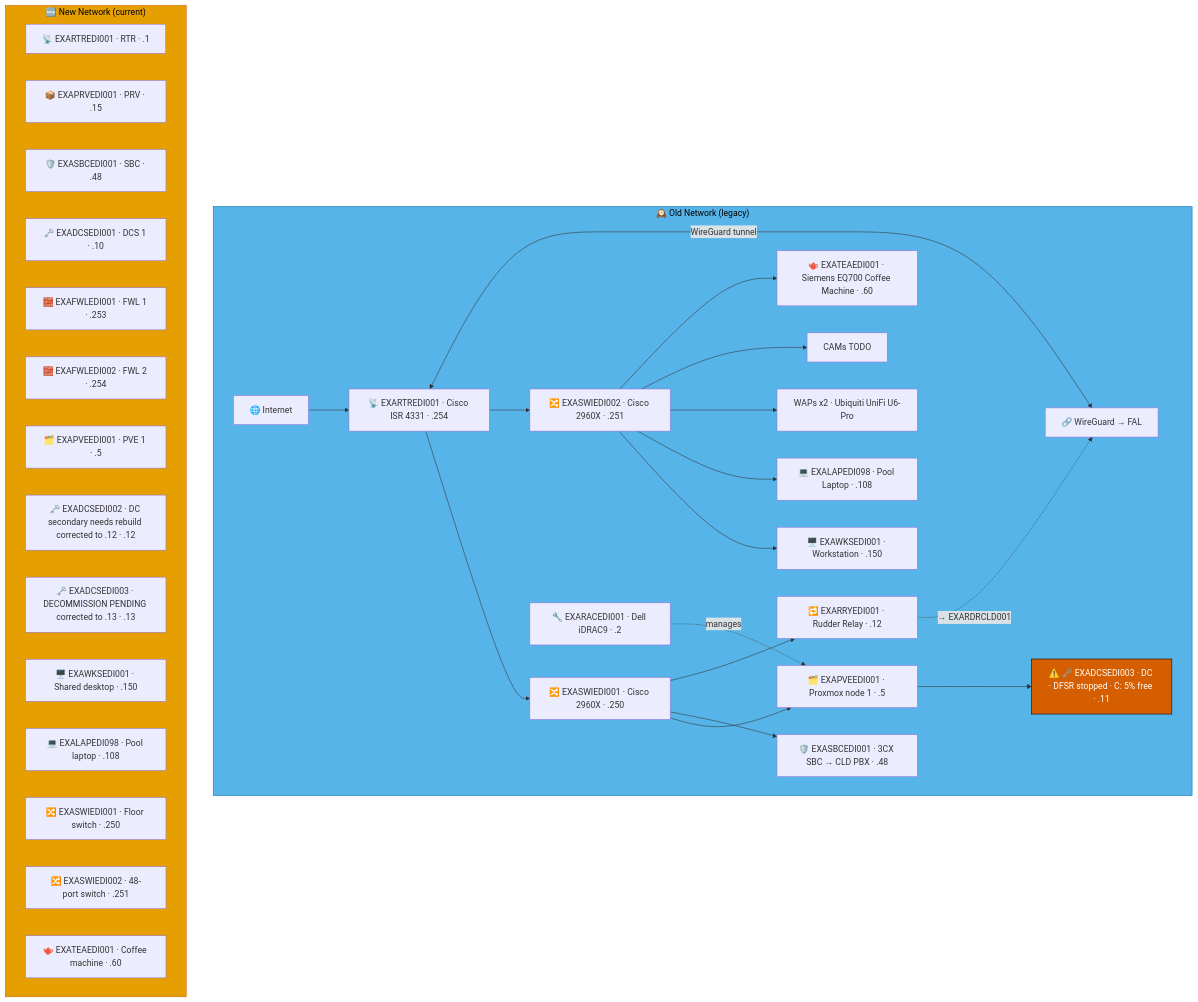
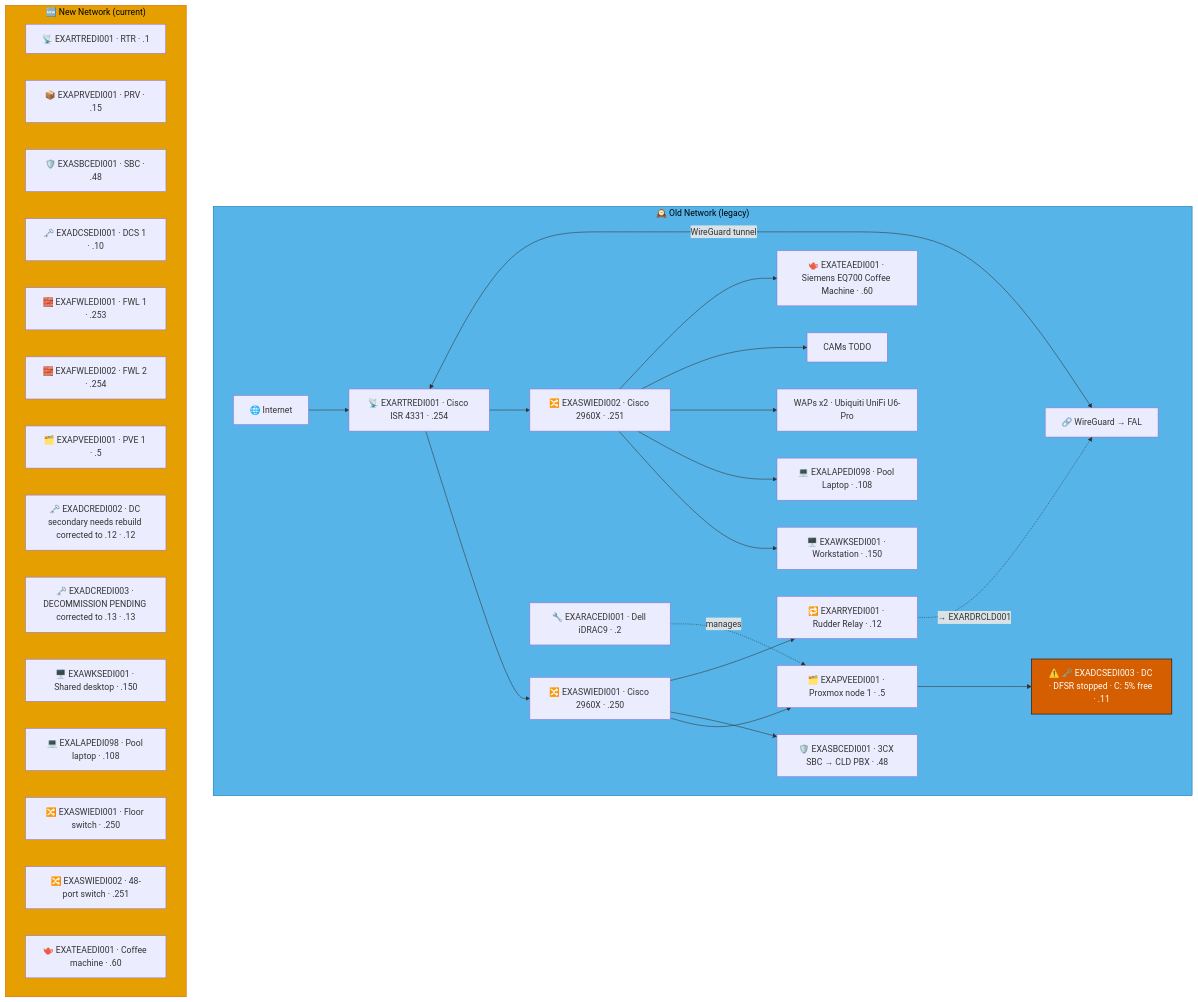
One commit to knightmare2600/example_music_infra changed the second of 7 diagrams in docs/network-diagram/scotland.md. Above: the diagram before and after it, drawn with Mermaid. The commit also changed other lines of this file and 12 other files, not shown here.

````diff
--- a/docs/network-diagram/scotland.md
+++ b/docs/network-diagram/scotland.md
@@ -177,52 +177,52 @@
 ```mermaid
 graph TD
     subgraph OLD_EDI ["🕰️ Old Network (legacy)"]
       INET["🌐 Internet"]
       RTR["📡 EXARTREDI001 · Cisco ISR 4331 · .254"]
       SW1["🔀 EXASWIEDI001 · Cisco 2960X · .250"]
       SW2["🔀 EXASWIEDI002 · Cisco 2960X · .251"]
       RAC["🔧 EXARACEDI001 · Dell iDRAC9 · .2"]
       PVE["🗂️ EXAPVEEDI001 · Proxmox node 1 · .5"]
       DC["⚠️ 🗝️ EXADCSEDI003 · DC · DFSR stopped · C: 5% free · .11"]
       SBC["🛡️ EXASBCEDI001 · 3CX SBC → CLD PBX · .48"]
       RRY["🔁 EXARRYEDI001 · Rudder Relay · .12"]
       WKS["🖥️ EXAWKSEDI001 · Workstation · .150"]
       LAP["💻 EXALAPEDI098 · Pool Laptop · .108"]
       WAP["WAPs x2 · Ubiquiti UniFi U6-Pro"]
       CAM["CAMs TODO"]
       COF["🫖 EXATEAEDI001 · Siemens EQ700 Coffee Machine · .60"]
       VPN["🔗 WireGuard → FAL"]
 
       INET --> RTR --> SW1 & SW2
       SW1 --> PVE --> DC
       SW1 --> SBC
       RAC -.->|"manages"| PVE
       SW2 --> WKS & LAP & WAP & CAM & COF
       RTR <-->|"WireGuard tunnel"| VPN
 
       SW1 --> RRY
       RRY -. "→ EXARDRCLD001" .-> VPN
     end
     style OLD_EDI fill:#56B4E9,stroke:#0072B2,color:#000000
     %% GENERATED:NEW-NETWORK:EDI:START
     subgraph NEW_EDI ["🆕 New Network (current)"]
       N_RTR["📡 EXARTREDI001 · RTR · .1"]
       N_PRV["📦 EXAPRVEDI001 · PRV · .15"]
       N_SBC["🛡️ EXASBCEDI001 · SBC · .48"]
       N_DCS["🗝️ EXADCSEDI001 · DCS 1 · .10"]
       N_FWL["🧱 EXAFWLEDI001 · FWL 1 · .253"]
       N_FWL2["🧱 EXAFWLEDI002 · FWL 2 · .254"]
       N_PVE["🗂️ EXAPVEEDI001 · PVE 1 · .5"]
-      N_DCS2["🗝️ EXADCSEDI002 · DC secondary needs rebuild corrected to .12 · .12"]
-      N_DCS3["🗝️ EXADCSEDI003 · DECOMMISSION PENDING corrected to .13 · .13"]
+      N_DCR["🗝️ EXADCREDI002 · DC secondary needs rebuild corrected to .12 · .12"]
+      N_DCR2["🗝️ EXADCREDI003 · DECOMMISSION PENDING corrected to .13 · .13"]
       N_WKS["🖥️ EXAWKSEDI001 · Shared desktop · .150"]
       N_LAP["💻 EXALAPEDI098 · Pool laptop · .108"]
       N_SWI["🔀 EXASWIEDI001 · Floor switch · .250"]
       N_SWI2["🔀 EXASWIEDI002 · 48-port switch · .251"]
       N_TEA["🫖 EXATEAEDI001 · Coffee machine · .60"]
     end
     style NEW_EDI fill:#E69F00,stroke:#D55E00,color:#000000
     %% GENERATED:NEW-NETWORK:EDI:END
     classDef warn fill:#D55E00,stroke:#000000,color:#ffffff
     class DC warn
 ```
````
